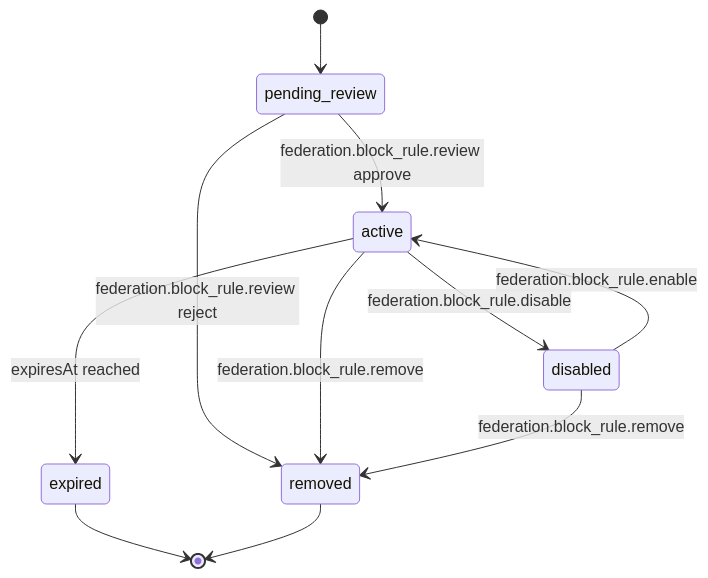
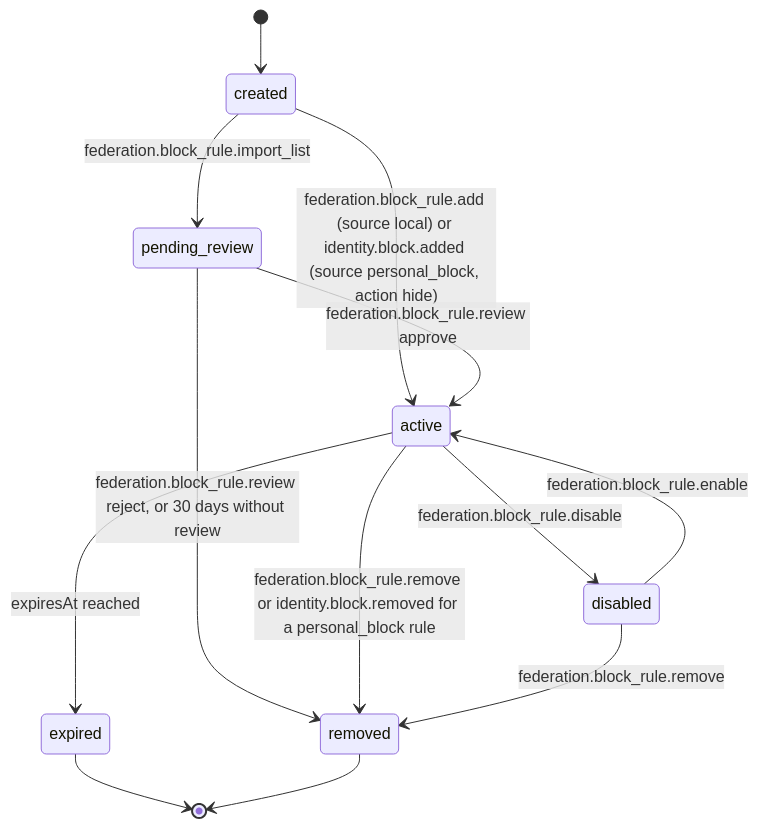
The diagram in 11_Federation/03_interop/mod_blocklists/workflow_state_machine.md (djshellshoxxx/CLASSifiedisRUPTed), drawn with Mermaid before and after one commit. The commit also changed other lines of this file and 343 other files, not shown here.

````diff
--- a/11_Federation/03_interop/mod_blocklists/workflow_state_machine.md
+++ b/11_Federation/03_interop/mod_blocklists/workflow_state_machine.md
@@ -29,13 +32,15 @@
 ```mermaid
 stateDiagram-v2
-  [*] --> pending_review
+  [*] --> created
+  created --> active: federation.block_rule.add (source local) or identity.block.added (source personal_block, action hide)
+  created --> pending_review: federation.block_rule.import_list
   pending_review --> active: federation.block_rule.review approve
-  pending_review --> removed: federation.block_rule.review reject
+  pending_review --> removed: federation.block_rule.review reject, or 30 days without review
   active --> disabled: federation.block_rule.disable
   disabled --> active: federation.block_rule.enable
   active --> expired: expiresAt reached
-  active --> removed: federation.block_rule.remove
+  active --> removed: federation.block_rule.remove or identity.block.removed for a personal_block rule
   disabled --> removed: federation.block_rule.remove
   expired --> [*]
   removed --> [*]
 ```
````
